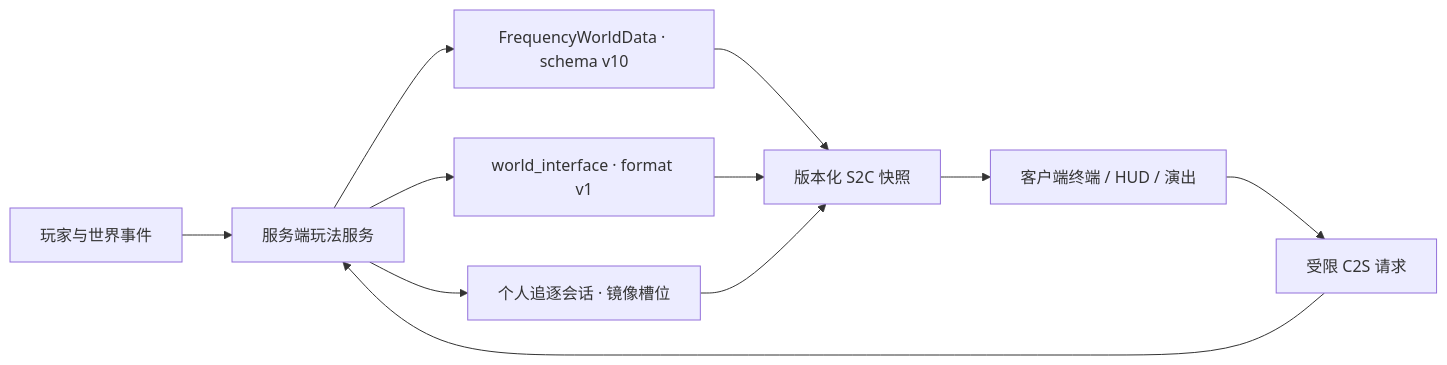
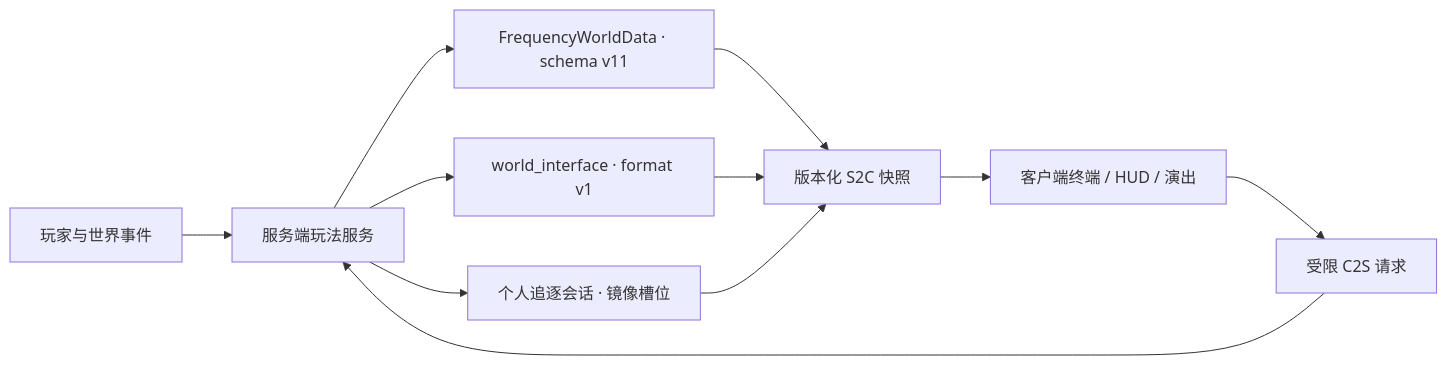
Before and after one commit to xiaoming6680/MC-The-Fourth-Frequency: the diagram in docs/zh/architecture.md, drawn with Mermaid. The commit also changed other lines of this file and 431 other files, not shown here.

````diff
--- a/docs/zh/architecture.md
+++ b/docs/zh/architecture.md
@@ -36,13 +46,13 @@
 ```mermaid
 flowchart LR
     P["玩家与世界事件"] --> S["服务端玩法服务"]
-    S --> W["FrequencyWorldData · schema v10"]
+    S --> W["FrequencyWorldData · schema v11"]
     S --> I["world_interface · format v1"]
     S --> R["个人追逐会话 · 镜像槽位"]
     W --> N["版本化 S2C 快照"]
     I --> N
     R --> N
     N --> C["客户端终端 / HUD / 演出"]
     C --> Q["受限 C2S 请求"]
     Q --> S
 ```
````
